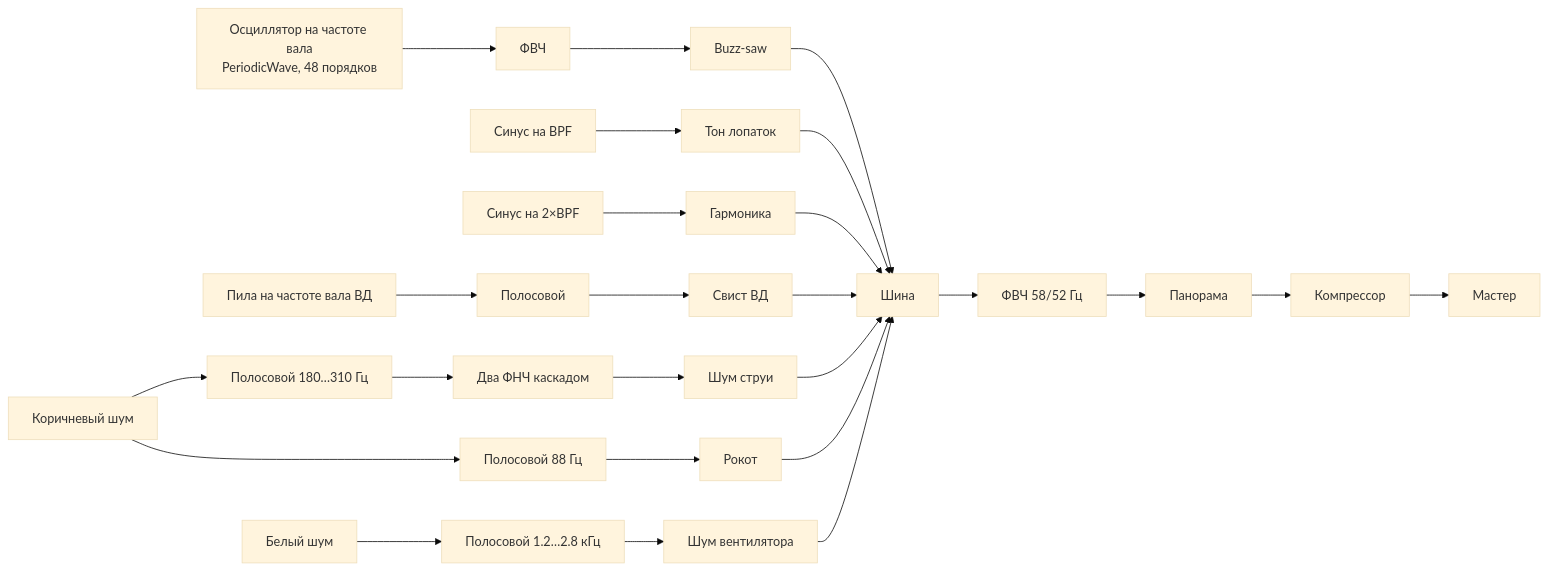
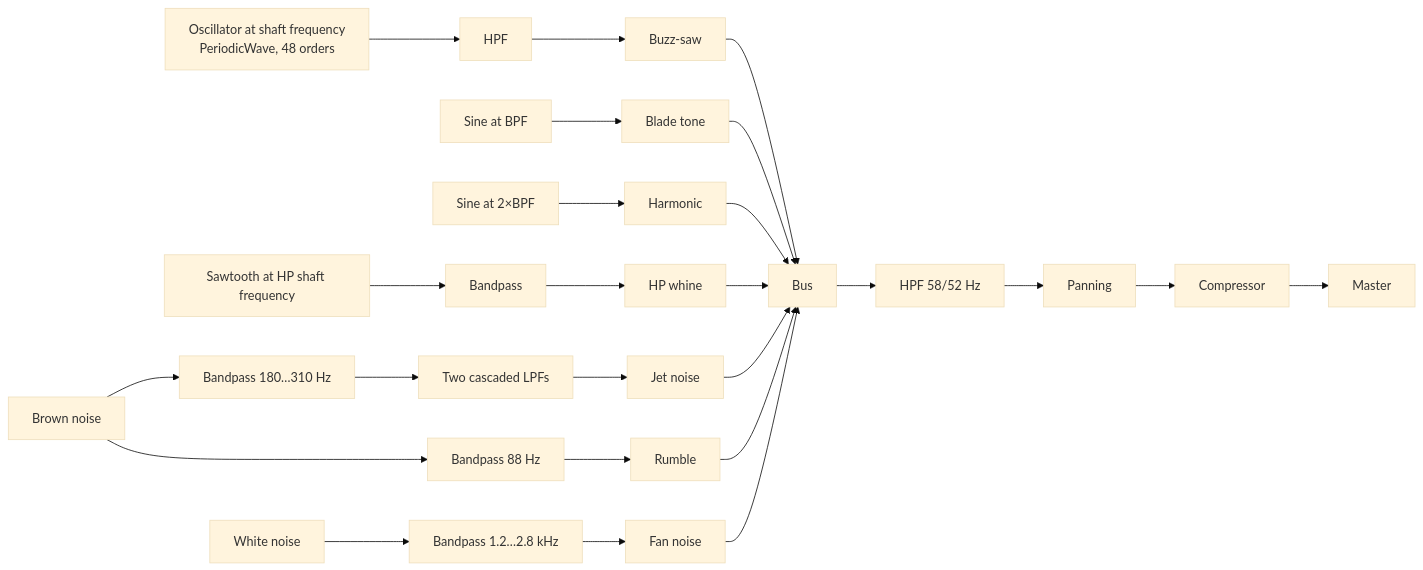
Before and after one commit to jubbon/jet-engine-3d: the diagram in docs/06-sound.md, drawn with Mermaid (base theme). The commit also changed other lines of this file and 15 other files, not shown here.

````diff
--- a/docs/06-sound.md
+++ b/docs/06-sound.md
@@ -63,18 +63,18 @@
 ```mermaid
 graph LR
-  CO["Осциллятор на частоте вала<br/>PeriodicWave, 48 порядков"] --> CF[ФВЧ] --> CG[Buzz-saw]
-  BO["Синус на BPF"] --> BG[Тон лопаток]
-  B2["Синус на 2×BPF"] --> B2G[Гармоника]
-  NO["Пила на частоте вала ВД"] --> NF[Полосовой] --> NG[Свист ВД]
-  BN[Коричневый шум] --> JB["Полосовой 180…310 Гц"] --> JL[Два ФНЧ каскадом] --> JG[Шум струи]
-  BN --> RF["Полосовой 88 Гц"] --> RG[Рокот]
-  WN[Белый шум] --> FB[Полосовой 1.2…2.8 кГц] --> FG[Шум вентилятора]
-  CG --> BUS[Шина]
+  CO["Oscillator at shaft frequency<br/>PeriodicWave, 48 orders"] --> CF[HPF] --> CG[Buzz-saw]
+  BO["Sine at BPF"] --> BG[Blade tone]
+  B2["Sine at 2×BPF"] --> B2G[Harmonic]
+  NO["Sawtooth at HP shaft frequency"] --> NF[Bandpass] --> NG[HP whine]
+  BN[Brown noise] --> JB["Bandpass 180…310 Hz"] --> JL[Two cascaded LPFs] --> JG[Jet noise]
+  BN --> RF["Bandpass 88 Hz"] --> RG[Rumble]
+  WN[White noise] --> FB[Bandpass 1.2…2.8 kHz] --> FG[Fan noise]
+  CG --> BUS[Bus]
   BG --> BUS
   B2G --> BUS
   NG --> BUS
   JG --> BUS
   RG --> BUS
   FG --> BUS
-  BUS --> HP[ФВЧ 58/52 Гц] --> PAN[Панорама] --> COMP[Компрессор] --> MAS[Мастер]
+  BUS --> HP[HPF 58/52 Hz] --> PAN[Panning] --> COMP[Compressor] --> MAS[Master]
 ```
````
